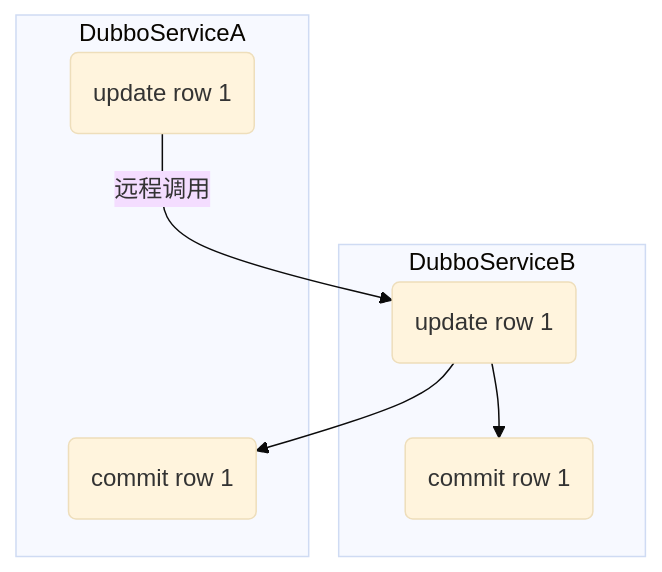
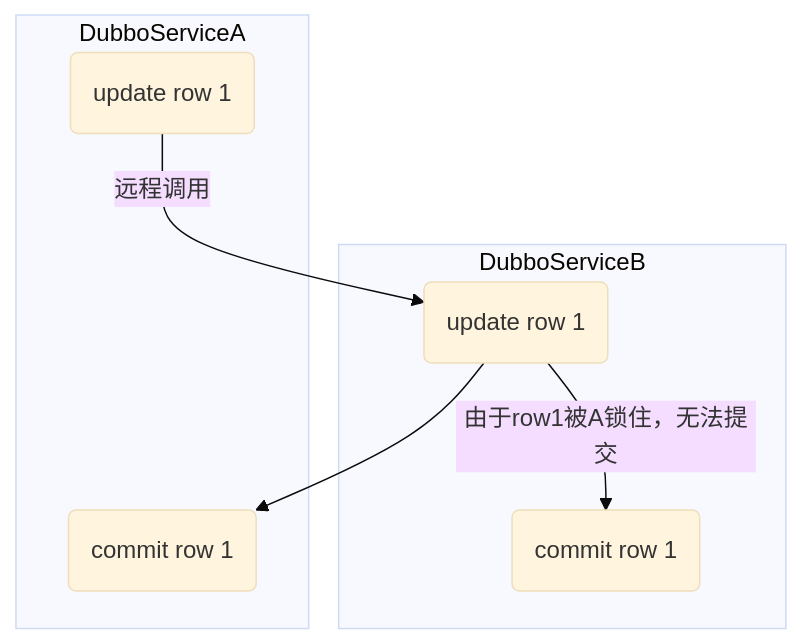
Before and after one commit to zhudongdong/docs: the diagram in dubbo/服务治理问题案例.md, drawn with Mermaid (base theme). The commit also changed other lines of this file, not shown here.

Commit message:
Uploaded by https://stackedit.io/

````diff
--- a/dubbo/服务治理问题案例.md
+++ b/dubbo/服务治理问题案例.md
@@ -3,16 +3,16 @@
 ```mermaid
 graph TB
 
 subgraph DubboServiceB
 c(update row 1)
 d(commit row 1)
 end
 subgraph DubboServiceA
 a(update row 1)
 b(commit row 1)
 
 a --远程调用--> c
 c --> b
-c --> d
+c --由于row1被A锁住，无法提交--> d
 end
 ```
````
